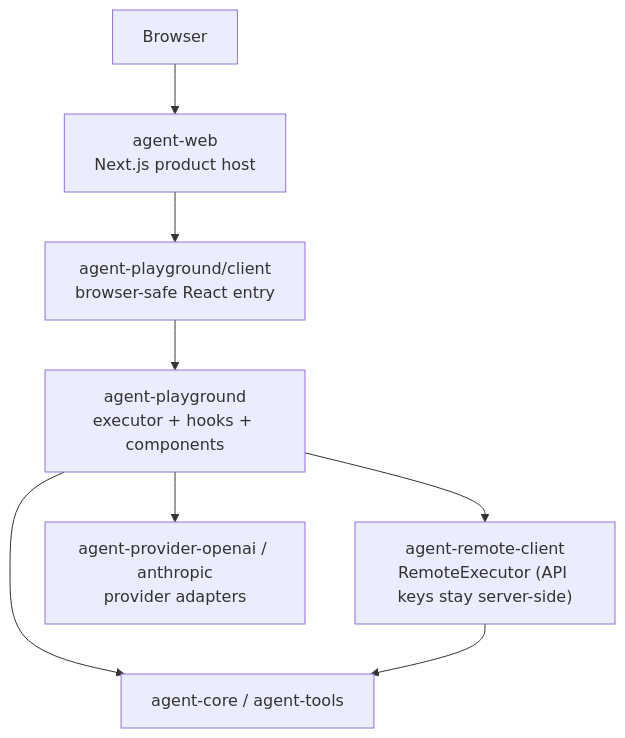
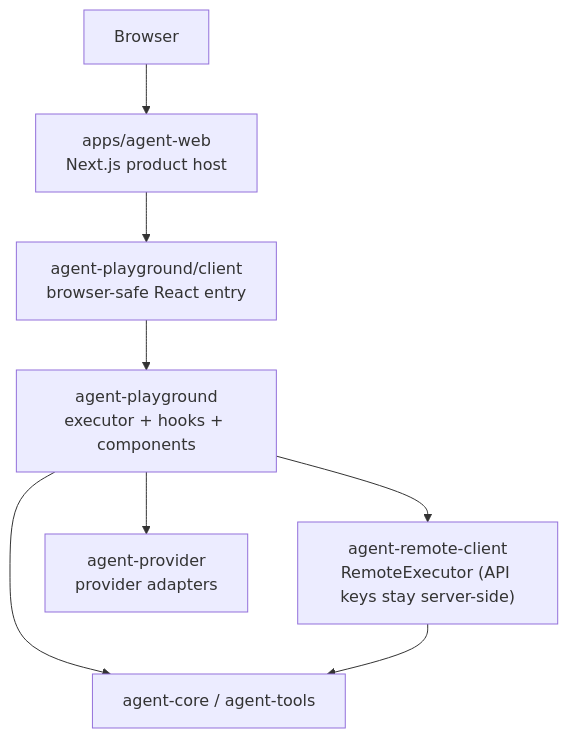
One commit to woojubb/robota changed the second of 2 diagrams in .agents/specs/architecture-map/agent-system.md. Above: the diagram before and after it, drawn with Mermaid. The commit also changed other lines of this file and 18 other files, not shown here.

````diff
--- a/.agents/specs/architecture-map/agent-system.md
+++ b/.agents/specs/architecture-map/agent-system.md
@@ -82,18 +90,18 @@
 ```mermaid
 flowchart TD
   Browser["Browser"]
-  AgentWeb["agent-web\nNext.js product host"]
+  AgentWeb["apps/agent-web\nNext.js product host"]
   ClientEntry["agent-playground/client\nbrowser-safe React entry"]
   Playground["agent-playground\nexecutor + hooks + components"]
   RemoteClient["agent-remote-client\nRemoteExecutor (API keys stay server-side)"]
   Core["agent-core / agent-tools"]
-  Providers["agent-provider-openai / anthropic\nprovider adapters"]
+  Providers["agent-provider\nprovider adapters"]
 
   Browser --> AgentWeb
   AgentWeb --> ClientEntry
   ClientEntry --> Playground
   Playground --> RemoteClient
   Playground --> Core
   Playground --> Providers
   RemoteClient --> Core
 ```
````
